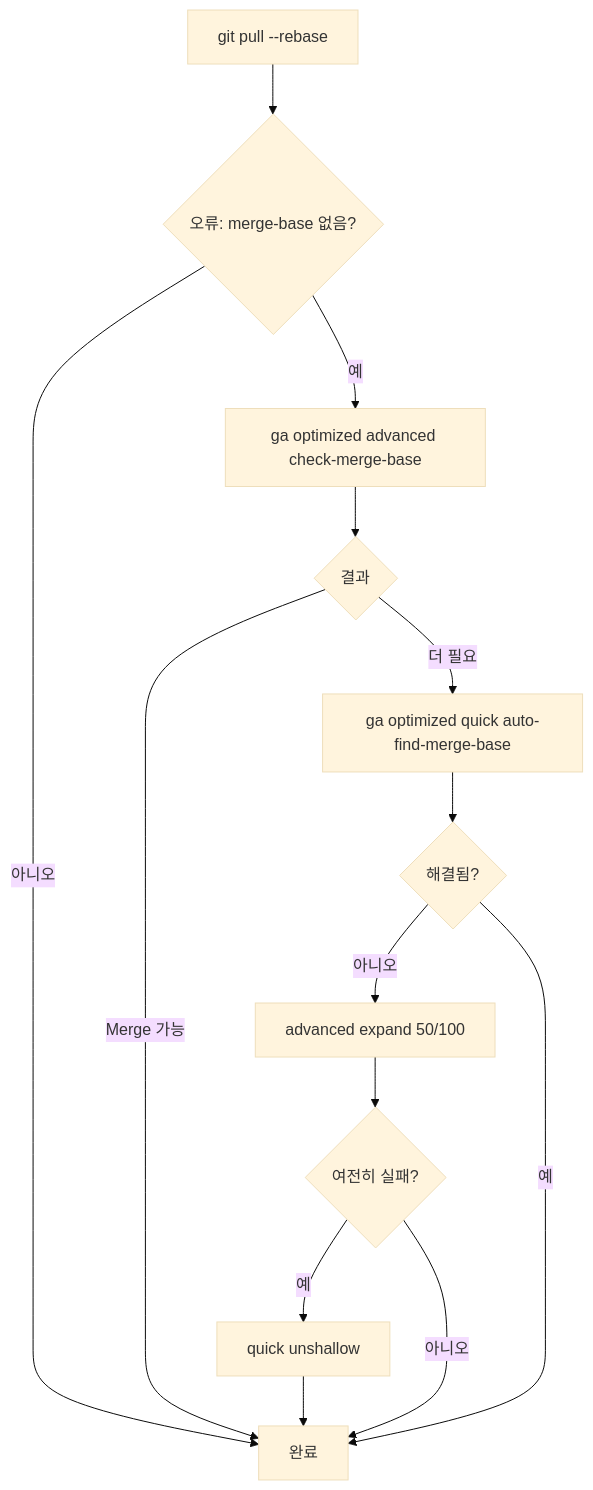
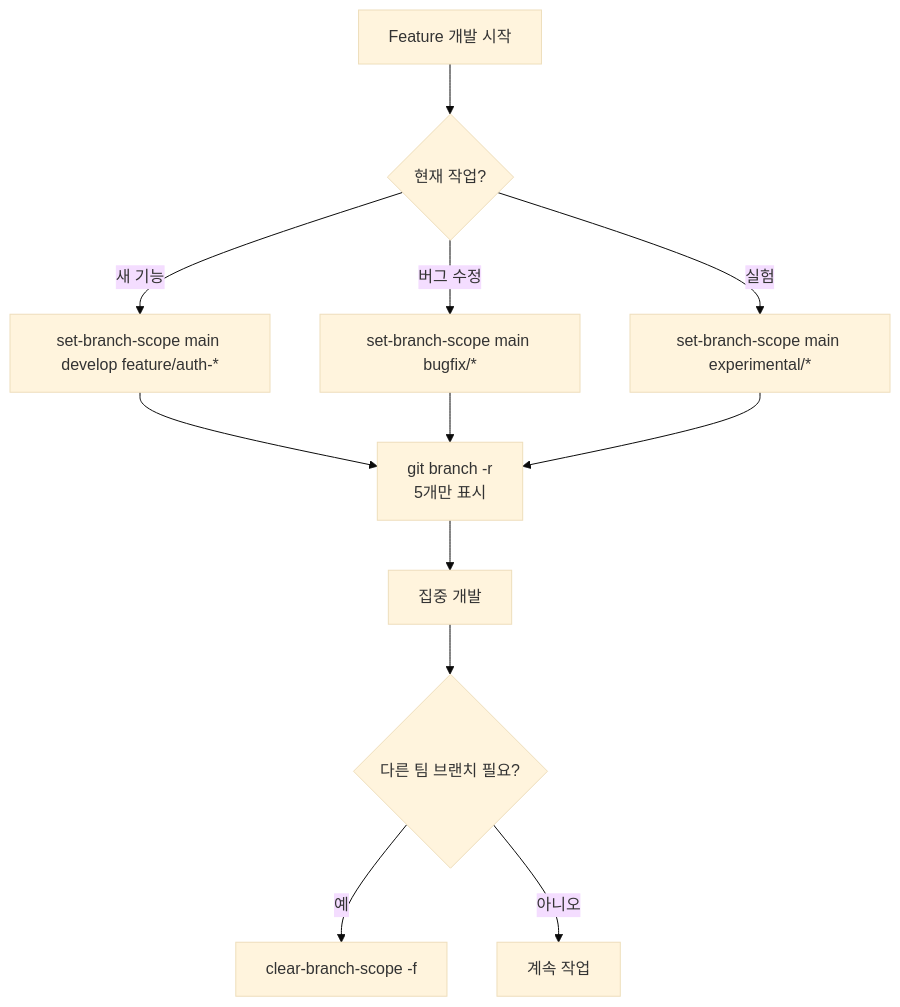
Before and after one commit to yoonhwan-neowiz/homebrew-workingcli: the fourth of 10 diagrams in GIT.WORK.md, drawn with Mermaid (base theme). The commit also changed other lines of this file and 1 other file, not shown here.

First line of the commit message:
docs: Git 최적화 가이드 2.0 업데이트 및 shallow 명령어 도움말 수정

````diff
--- a/GIT.WORK.md
+++ b/GIT.WORK.md
@@ -102,16 +161,14 @@
 ```mermaid
 flowchart TD
-  A[git pull --rebase] --> B{오류: merge-base 없음?}
-  B -- 아니오 --> Z[완료]
-  B -- 예 --> C[ga optimized advanced check-merge-base]
-  C --> D{결과}
-  D -- Merge 가능 --> Z
-  D -- 더 필요 --> E[ga optimized quick auto-find-merge-base]
-  E --> F{해결됨?}
-  F -- 아니오 --> G[advanced expand 50/100]
-  G --> H{여전히 실패?}
-  H -- 예 --> I[quick unshallow]
-  I --> Z
-  F -- 예 --> Z
-  H -- 아니오 --> Z
+  A[Feature 개발 시작] --> B{현재 작업?}
+  B -->|새 기능| C[set-branch-scope main develop feature/auth-*]
+  B -->|버그 수정| D[set-branch-scope main bugfix/*]
+  B -->|실험| E[set-branch-scope main experimental/*]
+  C --> F[git branch -r<br/>5개만 표시]
+  D --> F
+  E --> F
+  F --> G[집중 개발]
+  G --> H{다른 팀 브랜치 필요?}
+  H -->|예| I[clear-branch-scope -f]
+  H -->|아니오| J[계속 작업]
 ```
````
